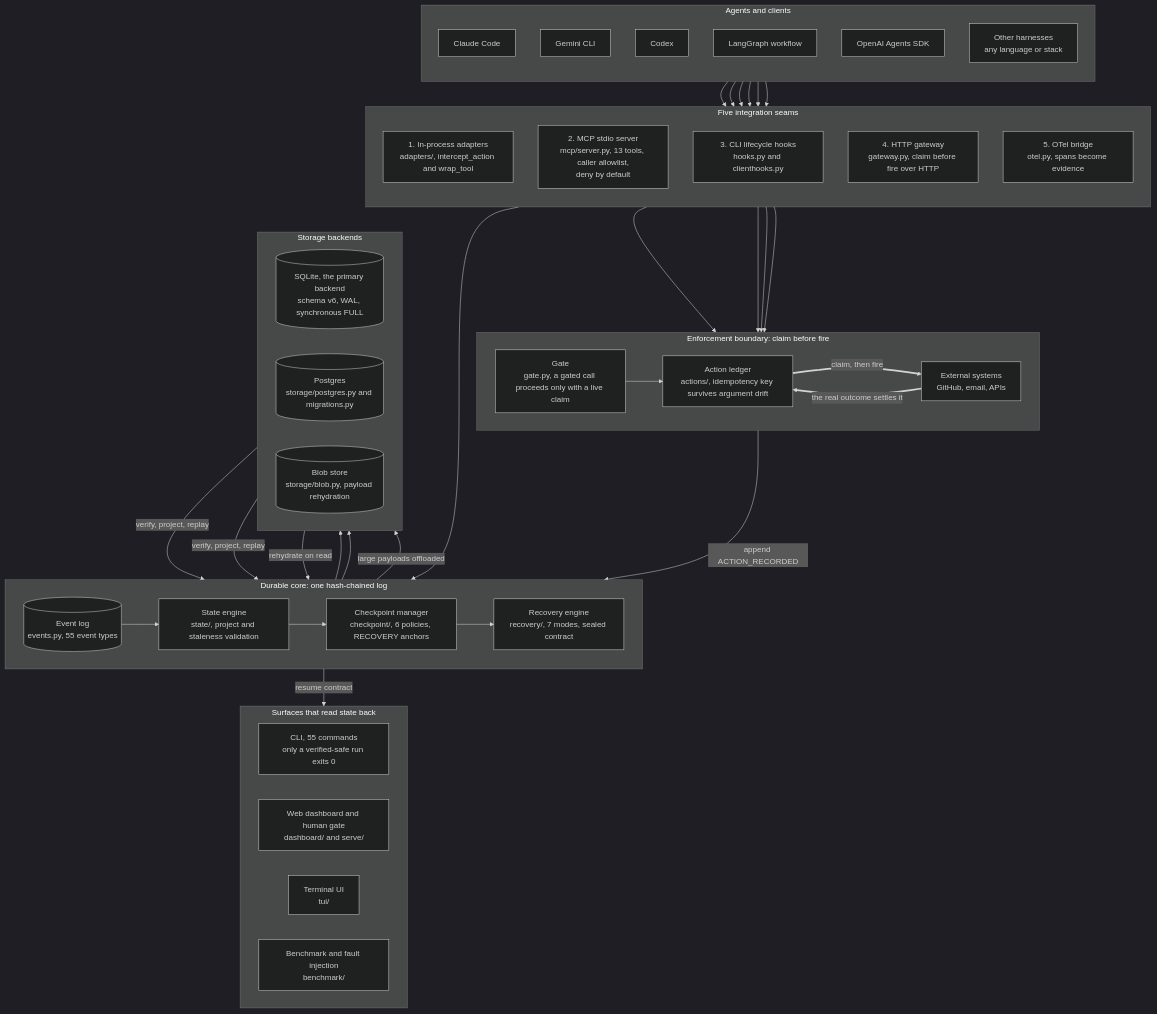
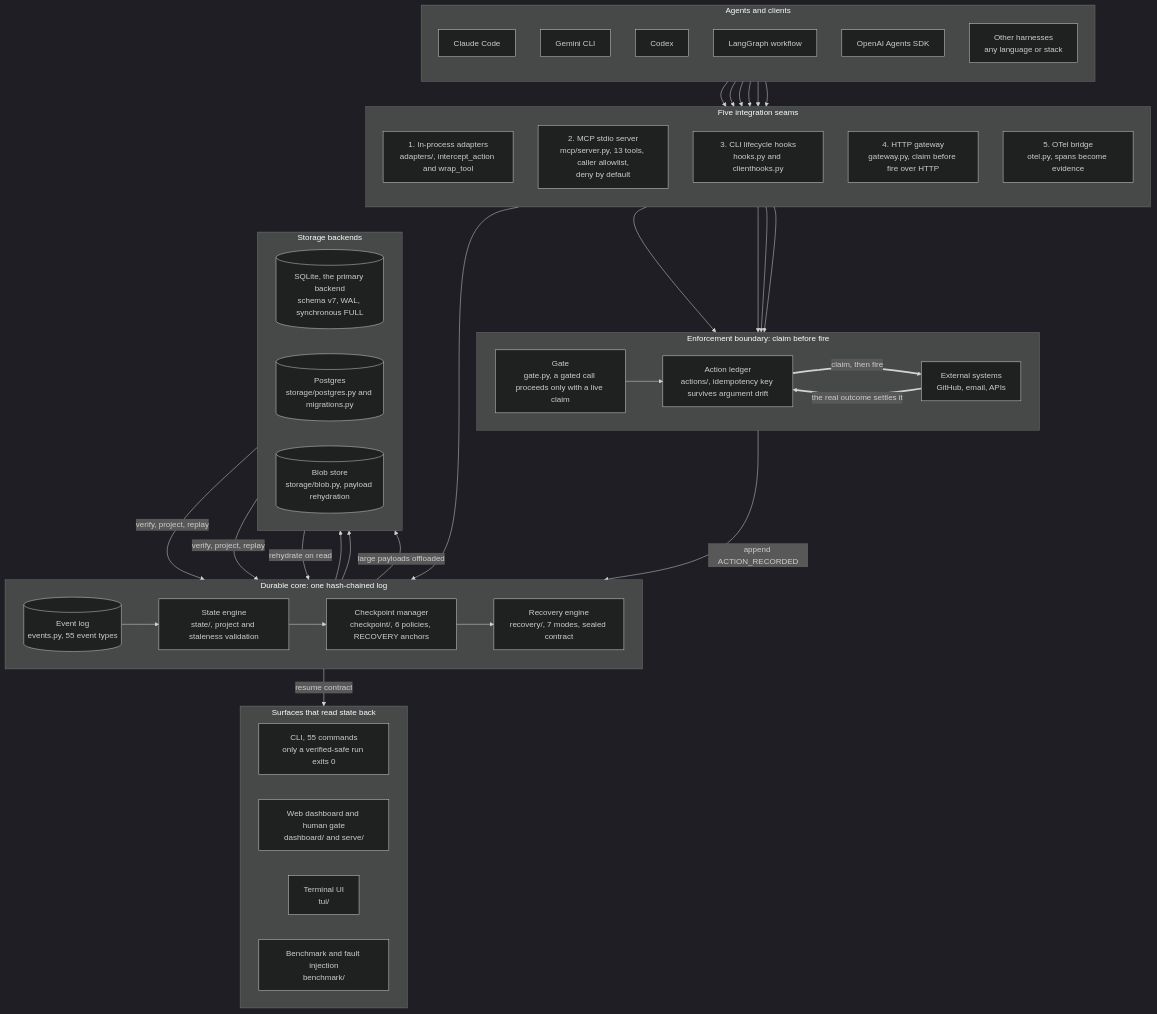
One commit to Cyrax321/CONTINUUM changed the first of 2 diagrams in docs/diagrams/architecture.md. Above: the diagram before and after it, drawn with Mermaid (dark theme). The commit also changed other lines of this file and 12 other files, not shown here.

```diff
--- a/docs/diagrams/architecture.md
+++ b/docs/diagrams/architecture.md
@@ -58,7 +58,7 @@
     %% ---------- storage ----------
     subgraph storage["Storage backends"]
         direction LR
-        sql[("SQLite, the primary backend<br/>schema v6, WAL, synchronous FULL")]
+        sql[("SQLite, the primary backend<br/>schema v7, WAL, synchronous FULL")]
         pg[("Postgres<br/>storage/postgres.py and migrations.py")]
         blob[("Blob store<br/>storage/blob.py, payload rehydration")]
     end
```
